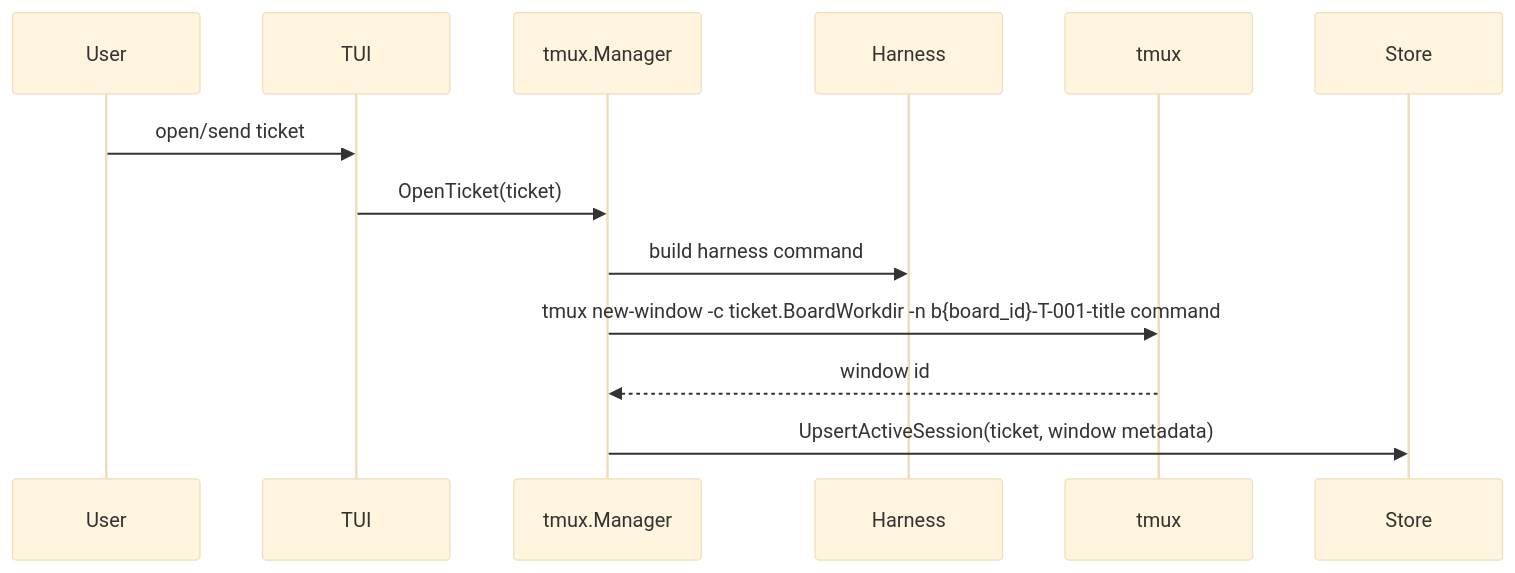
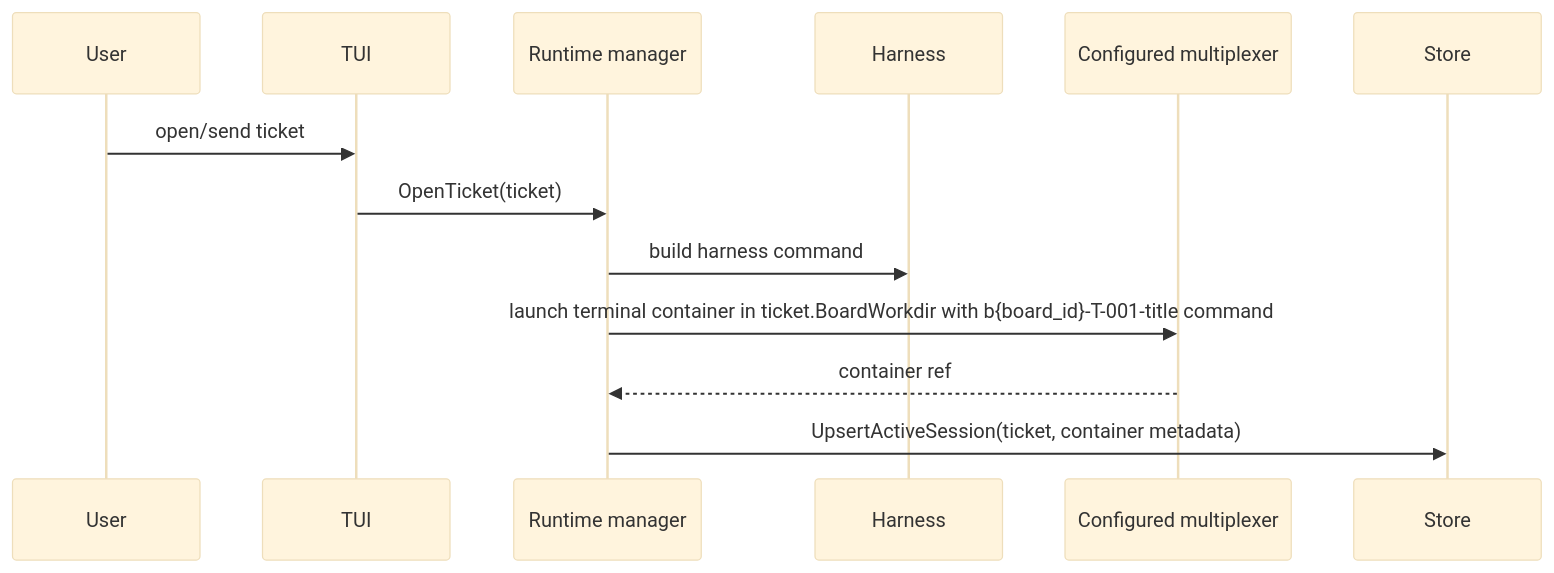
The sixth of 6 diagrams in docs/multi-board-behavior.md (carlotran4/kanbi), drawn with Mermaid (base theme) before and after one commit. The commit also changed other lines of this file and 12 other files, not shown here.

````diff
--- a/docs/multi-board-behavior.md
+++ b/docs/multi-board-behavior.md
@@ -147,15 +151,15 @@
 ```mermaid
 sequenceDiagram
   participant U as User
   participant T as TUI
-  participant M as tmux.Manager
+  participant M as Runtime manager
   participant H as Harness
-  participant X as tmux
+  participant X as Configured multiplexer
 
   U->>T: open/send ticket
   T->>M: OpenTicket(ticket)
   M->>H: build harness command
-  M->>X: tmux new-window -c ticket.BoardWorkdir -n b{board_id}-T-001-title command
-  X-->>M: window id
-  M->>Store: UpsertActiveSession(ticket, window metadata)
+  M->>X: launch terminal container in ticket.BoardWorkdir with b{board_id}-T-001-title command
+  X-->>M: container ref
+  M->>Store: UpsertActiveSession(ticket, container metadata)
 ```
````
